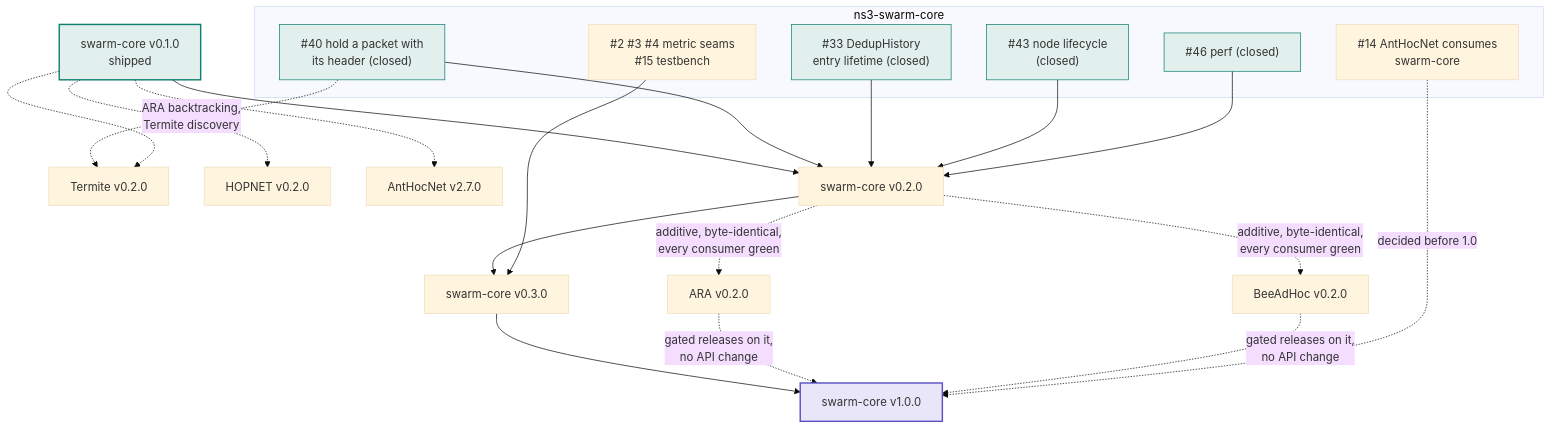
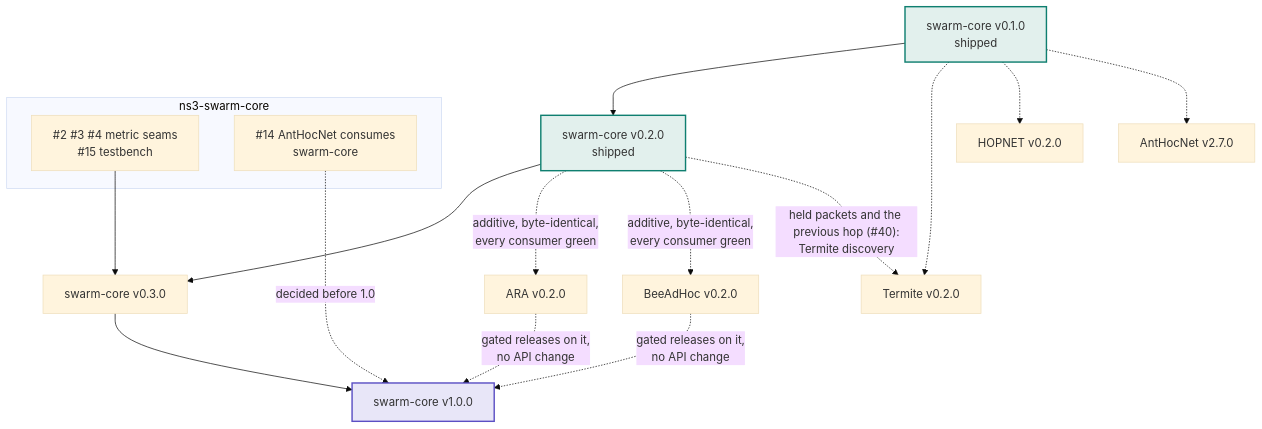
One commit to swarm-routing/ns3-swarm-core changed the second of 2 diagrams in docs/roadmap.md. Above: the diagram before and after it, drawn with Mermaid (base theme). The commit also changed other lines of this file, not shown here.

First line of the commit message:
docs(roadmap): v0.2.0 shipped

````diff
--- a/docs/roadmap.md
+++ b/docs/roadmap.md
@@ -69,36 +72,28 @@
 ```mermaid
 flowchart TB
     subgraph SC["ns3-swarm-core"]
-        I40["#40 hold a packet with<br/>its header (closed)"]
-        I33["#33 DedupHistory<br/>entry lifetime (closed)"]
-        I43["#43 node lifecycle<br/>(closed)"]
-        I46["#46 perf (closed)"]
         MET["#2 #3 #4 metric seams<br/>#15 testbench"]
         I14["#14 AntHocNet consumes<br/>swarm-core"]
     end
 
     ARA["ARA v0.2.0"]
     BEE["BeeAdHoc v0.2.0"]
     TER["Termite v0.2.0"]
     HOP["HOPNET v0.2.0"]
     AHN["AntHocNet v2.7.0"]
 
-    V01["swarm-core v0.1.0<br/>shipped"] --> V02["swarm-core v0.2.0"]
-    I40 & I33 & I43 & I46 --> V02
+    V01["swarm-core v0.1.0<br/>shipped"] --> V02["swarm-core v0.2.0<br/>shipped"]
     V02 --> V03["swarm-core v0.3.0"]
     MET --> V03
     V03 --> V10["swarm-core v1.0.0"]
     ARA & BEE -.->|"gated releases on it,<br/>no API change"| V10
     I14 -.->|"decided before 1.0"| V10
     V02 -.->|"additive, byte-identical,<br/>every consumer green"| ARA & BEE
-    I40 -.->|"ARA backtracking,<br/>Termite discovery"| TER
+    V02 -.->|"held packets and the previous hop (#40):<br/>Termite discovery"| TER
     V01 -.-> TER & HOP
     V01 -.-> AHN
 
     style V01 fill:#e2f0ed,stroke:#0f7f70,stroke-width:2px
-    style I40 fill:#e2f0ed,stroke:#0f7f70
-    style I33 fill:#e2f0ed,stroke:#0f7f70
-    style I43 fill:#e2f0ed,stroke:#0f7f70
-    style I46 fill:#e2f0ed,stroke:#0f7f70
+    style V02 fill:#e2f0ed,stroke:#0f7f70,stroke-width:2px
     style V10 fill:#e8e6f8,stroke:#5b4fc4,stroke-width:2px
 ```
````
